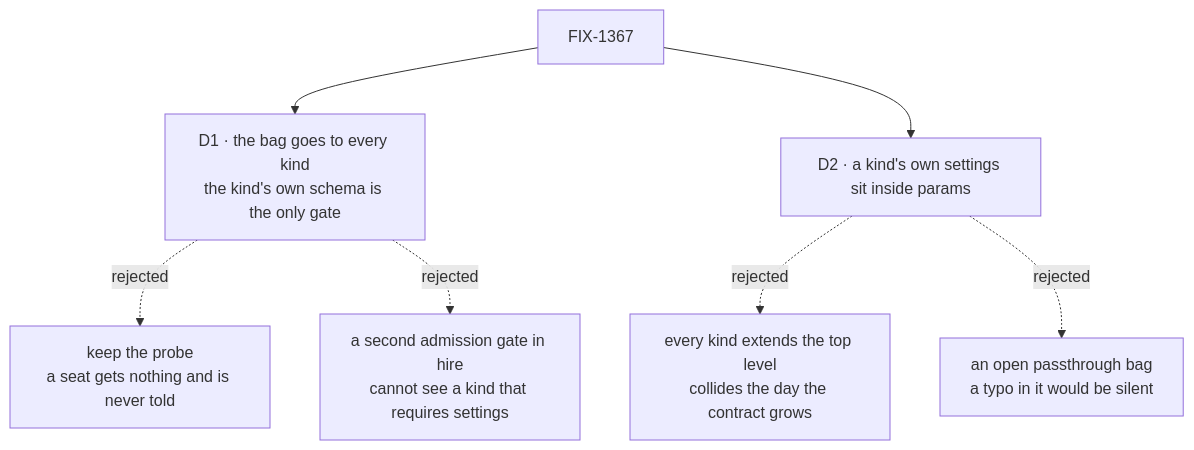
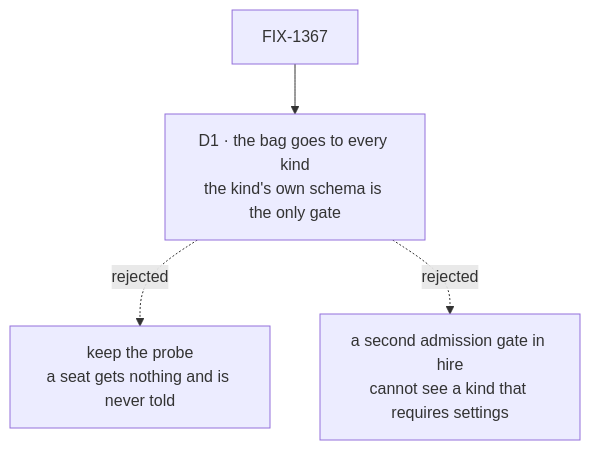
One commit to fixpoint-labs/flow-state-dev changed the diagram in spec/FIX-1367/DECISIONS.md. Above: the diagram before and after it, drawn with Mermaid. The commit also changed other lines of this file and 4 other files, not shown here.

````diff
--- a/spec/FIX-1367/DECISIONS.md
+++ b/spec/FIX-1367/DECISIONS.md
@@ -10,9 +10,6 @@
 ```mermaid
 flowchart TD
   I["FIX-1367"] --> D1["D1 · the bag goes to every kind<br/>the kind's own schema is the only gate"]
   D1 -.->|"rejected"| X1["keep the probe<br/>a seat gets nothing and is never told"]
   D1 -.->|"rejected"| X2["a second admission gate in hire<br/>cannot see a kind that requires settings"]
-  I --> D2["D2 · a kind's own settings sit inside params"]
-  D2 -.->|"rejected"| X3["every kind extends the top level<br/>collides the day the contract grows"]
-  D2 -.->|"rejected"| X4["an open passthrough bag<br/>a typo in it would be silent"]
 ```
````
